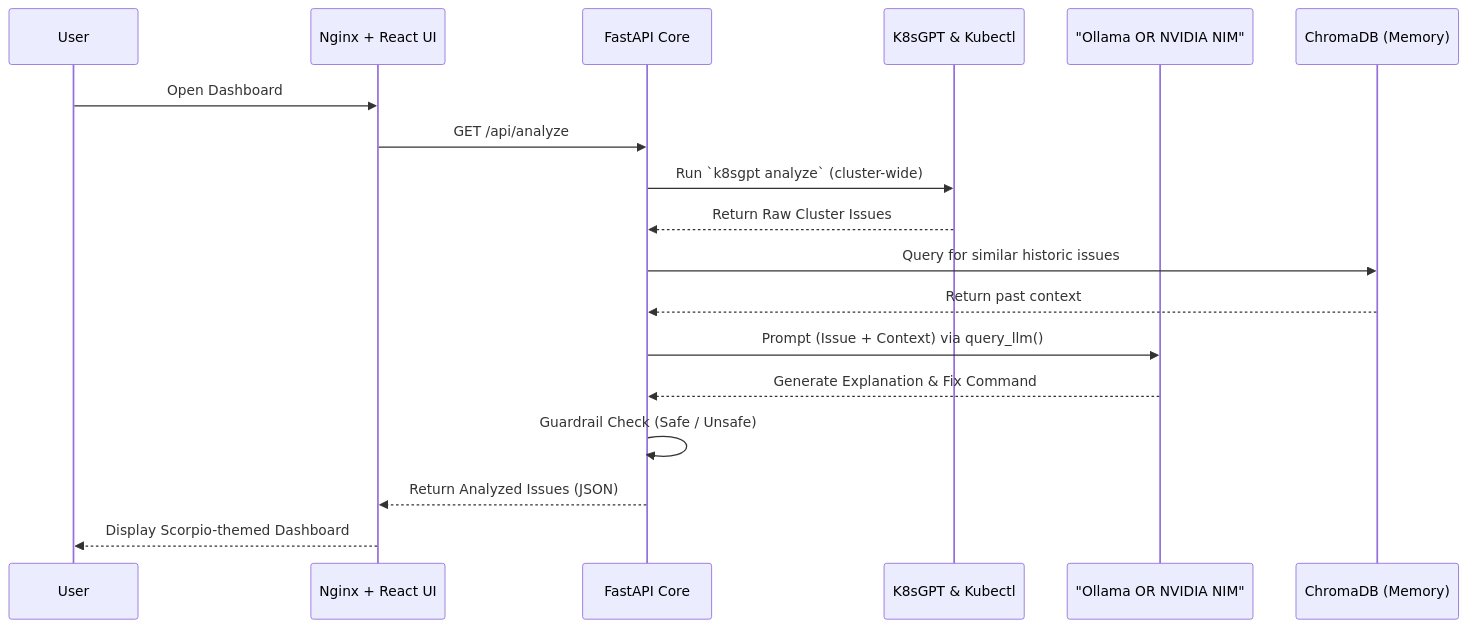
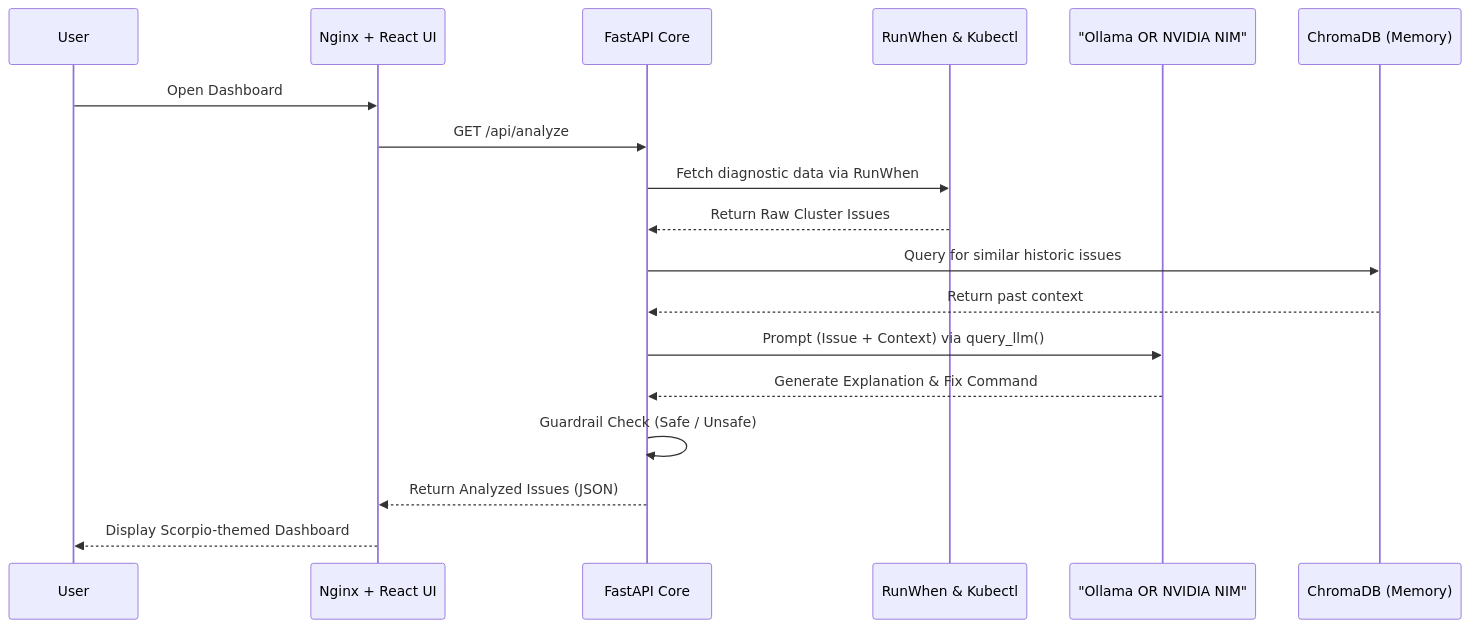
One commit to barbaria888/KubeOps-AI changed the second of 4 diagrams in ARCHITECTURE.md. Above: the diagram before and after it, drawn with Mermaid. The commit also changed other lines of this file and 16 other files, not shown here.

Commit message:
remove k8sgpt and add RunWhen skills

````diff
--- a/ARCHITECTURE.md
+++ b/ARCHITECTURE.md
@@ -62,26 +62,26 @@
 ```mermaid
 sequenceDiagram
     participant User
     participant Frontend as Nginx + React UI
     participant Backend as FastAPI Core
-    participant Tools as K8sGPT & Kubectl
+    participant Tools as RunWhen & Kubectl
     participant LLM as "Ollama OR NVIDIA NIM"
     participant DB as ChromaDB (Memory)
 
     %% Flow: Fetching Issues
     User->>Frontend: Open Dashboard
     Frontend->>Backend: GET /api/analyze
-    Backend->>Tools: Run `k8sgpt analyze` (cluster-wide)
+    Backend->>Tools: Fetch diagnostic data via RunWhen
     Tools-->>Backend: Return Raw Cluster Issues
     
     %% Flow: AI Reasoning
     Backend->>DB: Query for similar historic issues
     DB-->>Backend: Return past context
     Backend->>LLM: Prompt (Issue + Context) via query_llm()
     LLM-->>Backend: Generate Explanation & Fix Command
     
     %% Flow: Guardrail & UI Display
     Backend->>Backend: Guardrail Check (Safe / Unsafe)
     Backend-->>Frontend: Return Analyzed Issues (JSON)
     Frontend-->>User: Display Scorpio-themed Dashboard
 ```
````
